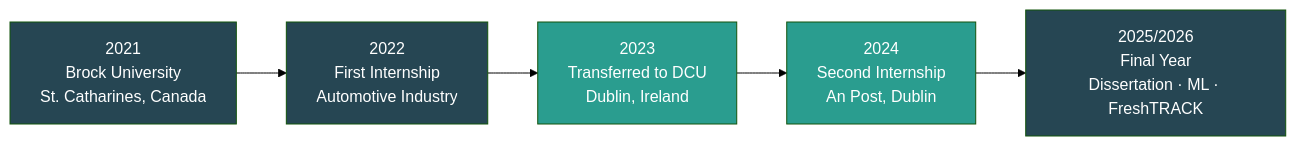
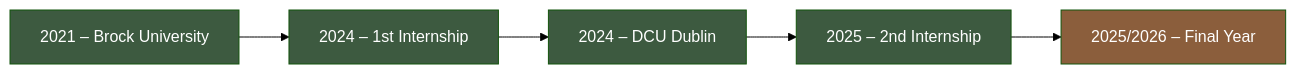
The diagram in about.qmd (dennis-chumakov/dennis-chumakov.github.io), drawn with Mermaid (forest theme) before and after one commit. The commit also changed other lines of this file and 21 other files, not shown here.

Commit message:
Changes to Styles.scss, about.qmd, quarto.yml, dissertation.qmd, and ml-paper.qmd for formatting of Flowchart mermaid diagrams

````diff
--- a/about.qmd
+++ b/about.qmd
@@ -24,12 +24,12 @@
 ```{mermaid}
 flowchart LR
-    A["2021<br/>Brock University<br/>St. Catharines, Canada"] --> B["2022<br/>First Internship<br/>Automotive Industry"]
-    B --> C["2023<br/>Transferred to DCU<br/>Dublin, Ireland"]
-    C --> D["2024<br/>Second Internship<br/>An Post, Dublin"]
-    D --> E["2025/2026<br/>Final Year<br/>Dissertation · ML · FreshTRACK"]
-    style A fill:#264653,color:#fff
-    style B fill:#264653,color:#fff
-    style C fill:#2a9d8f,color:#fff
-    style D fill:#2a9d8f,color:#fff
-    style E fill:#264653,color:#fff
+    A["2021 – Brock University"] --> B["2024 – 1st Internship"]
+    B --> C["2024 – DCU Dublin"]
+    C --> D["2025 – 2nd Internship"]
+    D --> E["2025/2026 – Final Year"]
+    style A fill:#3d5a40,color:#fff
+    style B fill:#3d5a40,color:#fff
+    style C fill:#3d5a40,color:#fff
+    style D fill:#3d5a40,color:#fff
+    style E fill:#8b5e3c,color:#fff
 ```
````
